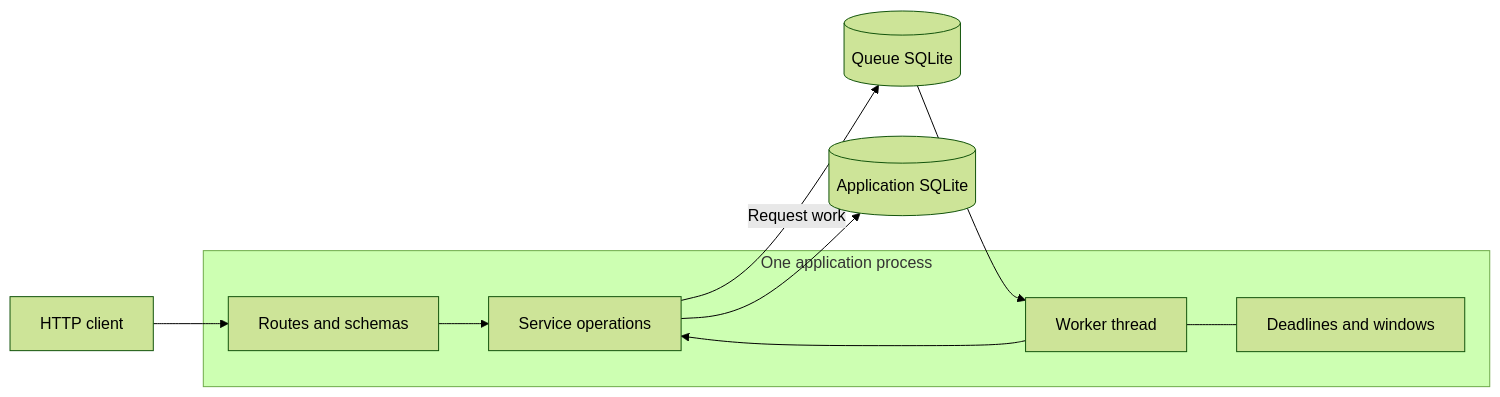
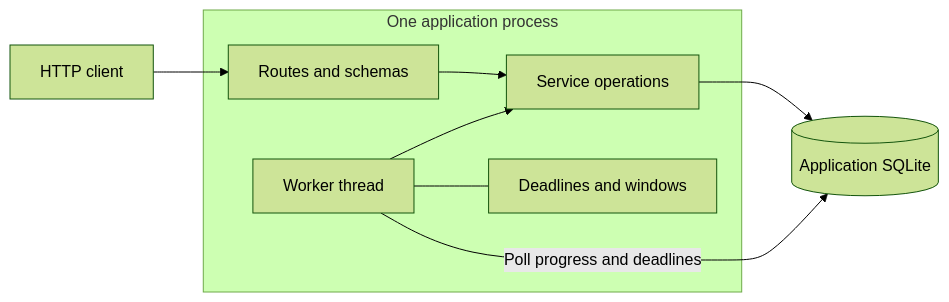
The first of 3 diagrams in docs/developer_guide.md (b-a-merritt/msse692), drawn with Mermaid (forest theme) before and after one commit. The commit also changed other lines of this file and 90 other files, not shown here.

````diff
--- a/docs/developer_guide.md
+++ b/docs/developer_guide.md
@@ -17,12 +17,11 @@
 ```mermaid
 flowchart LR
     C[HTTP client] --> R[Routes and schemas]
     subgraph Process[One application process]
         R --> S[Service operations]
         W[Worker thread] --> S
         W --- T[Deadlines and windows]
     end
     S --> DB[(Application SQLite)]
-    S -->|Request work| Q[(Queue SQLite)]
-    Q --> W
+    W -->|Poll progress and deadlines| DB
 ```
````
